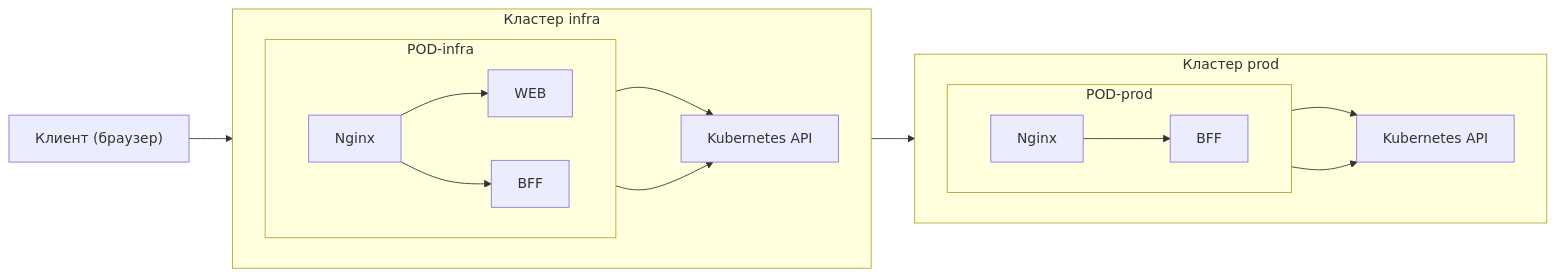
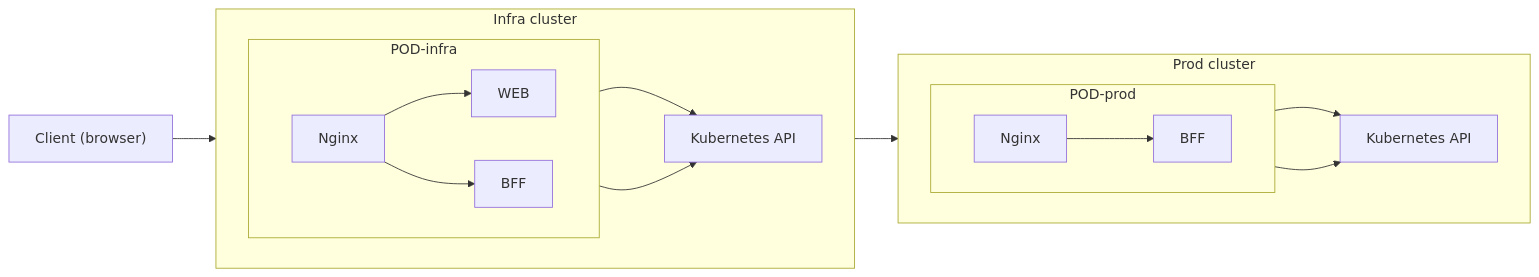
Before and after one commit to PRO-Robotech/in-cloud-console-docs: the diagram in documentation/docs/tech-docs/components.mdx, drawn with Mermaid. The commit also changed other lines of this file and 70 other files, not shown here.

````diff
--- a/documentation/docs/tech-docs/components.mdx
+++ b/documentation/docs/tech-docs/components.mdx
@@ -16,42 +16,42 @@
 ```mermaid
 flowchart LR
 
-  browser["Клиент (браузер)"]
+  browser["Client (browser)"]
 
-  subgraph "Кластер infra"
+  subgraph "Infra cluster"
     direction LR
     subgraph "POD-infra"
       direction LR
       nginx1["Nginx"]
       web["WEB"]
       bff1["BFF"]
     end
     k8s1["Kubernetes API"]
 
     bff1-->k8s1
 
     nginx1-->web
     nginx1-->bff1
     nginx1-->k8s1
   end
 
-  subgraph "Кластер prod"
+  subgraph "Prod cluster"
     direction LR
     subgraph "POD-prod"
       direction LR
       nginx2["Nginx"]
       bff2["BFF"]
     end
     nginx2["Nginx"]
     bff2["BFF"]
     k8s2["Kubernetes API"]
 
     bff2-->k8s2
 
     nginx2-->bff2
     nginx2-->k8s2
   end
 
   browser-->nginx1
   nginx1-->nginx2
 ```
````
